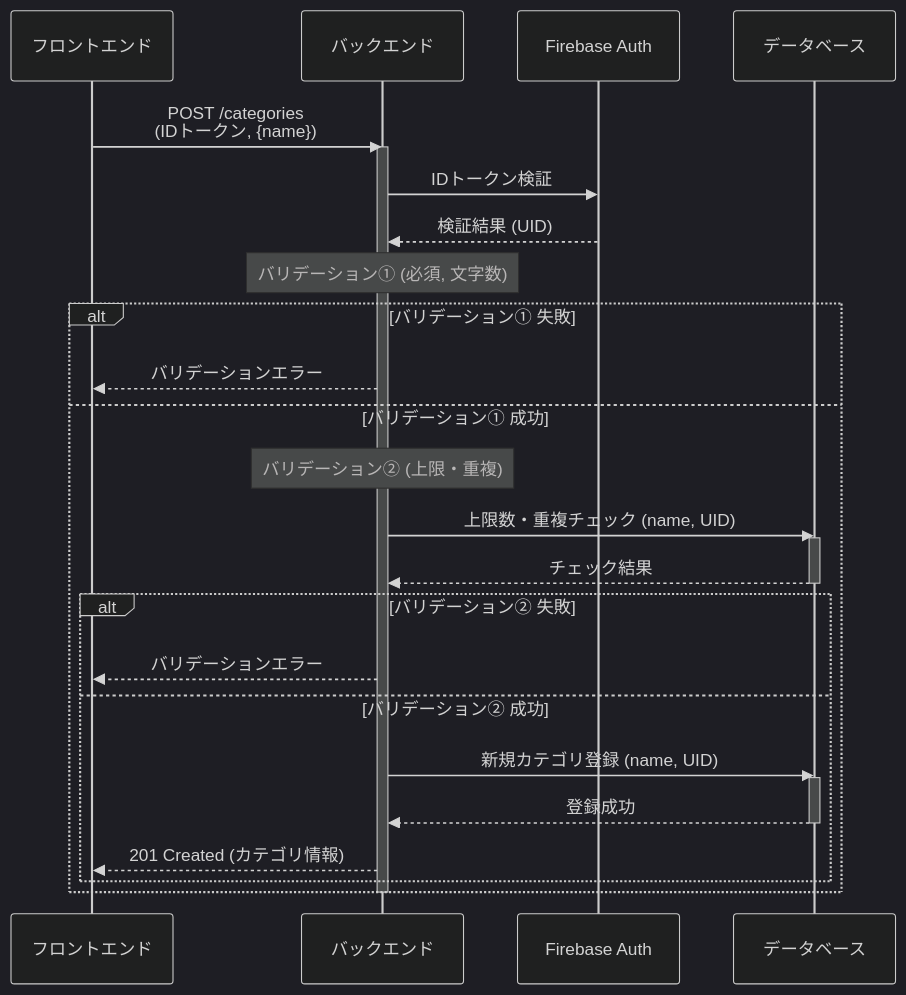
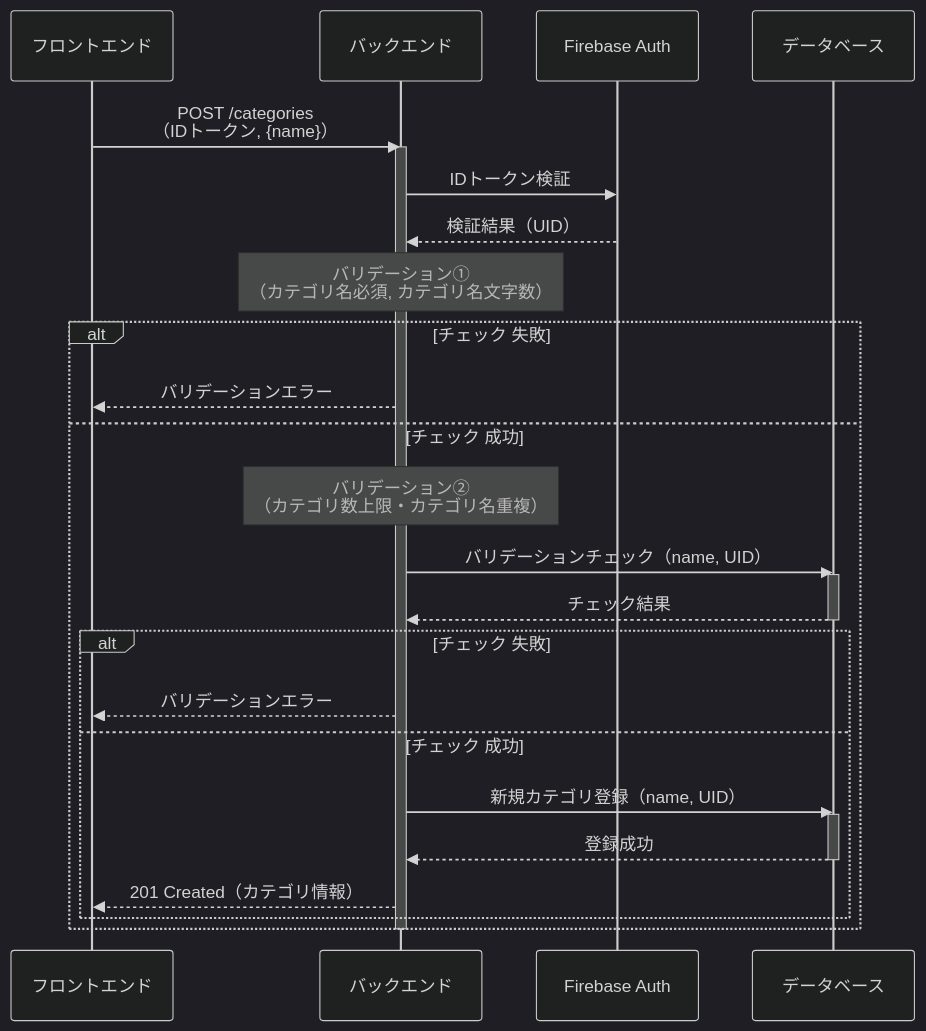
The third of 9 diagrams in doc/seaquence.md (miki-hayashi-71/inventory-api), drawn with Mermaid (dark theme) before and after one commit. The commit also changed other lines of this file, not shown here.

Commit message:
docs: Revise sequence diagram to clarify subjects and improve layout

````diff
--- a/doc/seaquence.md
+++ b/doc/seaquence.md
@@ -62,35 +62,35 @@
 ```mermaid
 sequenceDiagram
     participant フロントエンド
     participant バックエンド
     participant Firebase Auth
     participant データベース
 
-    フロントエンド->>バックエンド: POST /categories <br> (IDトークン, {name})
+    フロントエンド->>バックエンド: POST /categories <br>（IDトークン, {name}）
     activate バックエンド
     バックエンド->>Firebase Auth: IDトークン検証
-    Firebase Auth-->>バックエンド: 検証結果 (UID)
+    Firebase Auth-->>バックエンド: 検証結果（UID）
 
-    note over バックエンド: バリデーション① (必須, 文字数)
+    note over バックエンド: バリデーション① <br>（カテゴリ名必須, カテゴリ名文字数）
 
-    alt バリデーション① 失敗
+    alt チェック 失敗
         バックエンド-->>フロントエンド: バリデーションエラー
-    else バリデーション① 成功
-        note over バックエンド: バリデーション② (上限・重複)
-        バックエンド->>データベース: 上限数・重複チェック (name, UID)
+    else チェック 成功
+        note over バックエンド: バリデーション② <br>（カテゴリ数上限・カテゴリ名重複）
+        バックエンド->>データベース: バリデーションチェック（name, UID）
         activate データベース
         データベース-->>バックエンド: チェック結果
         deactivate データベース
 
-        alt バリデーション② 失敗
+        alt チェック 失敗
             バックエンド-->>フロントエンド: バリデーションエラー
-        else バリデーション② 成功
-            バックエンド->>データベース: 新規カテゴリ登録 (name, UID)
+        else チェック 成功
+            バックエンド->>データベース: 新規カテゴリ登録（name, UID）
             activate データベース
             データベース-->>バックエンド: 登録成功
             deactivate データベース
-            バックエンド-->>フロントエンド: 201 Created (カテゴリ情報)
+            バックエンド-->>フロントエンド: 201 Created（カテゴリ情報）
         end
     end
     deactivate バックエンド
 ```
````
